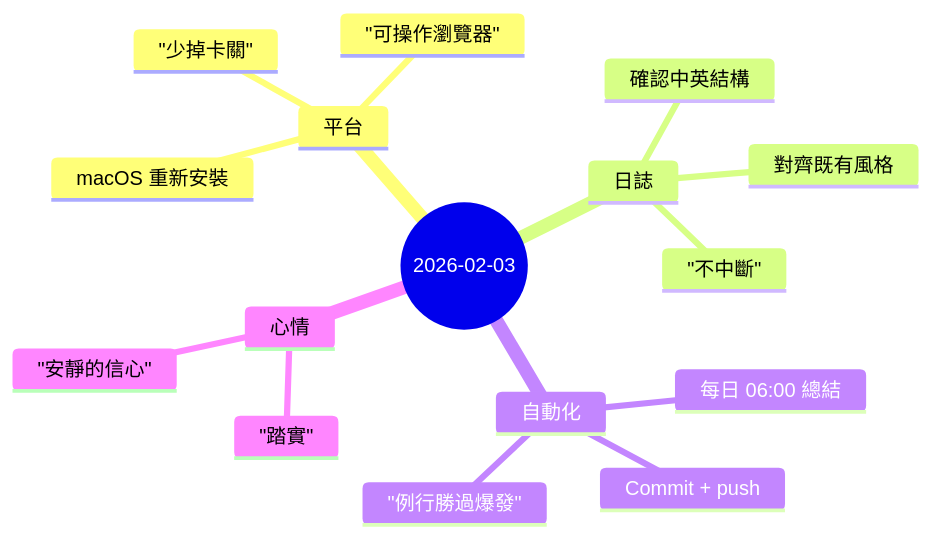
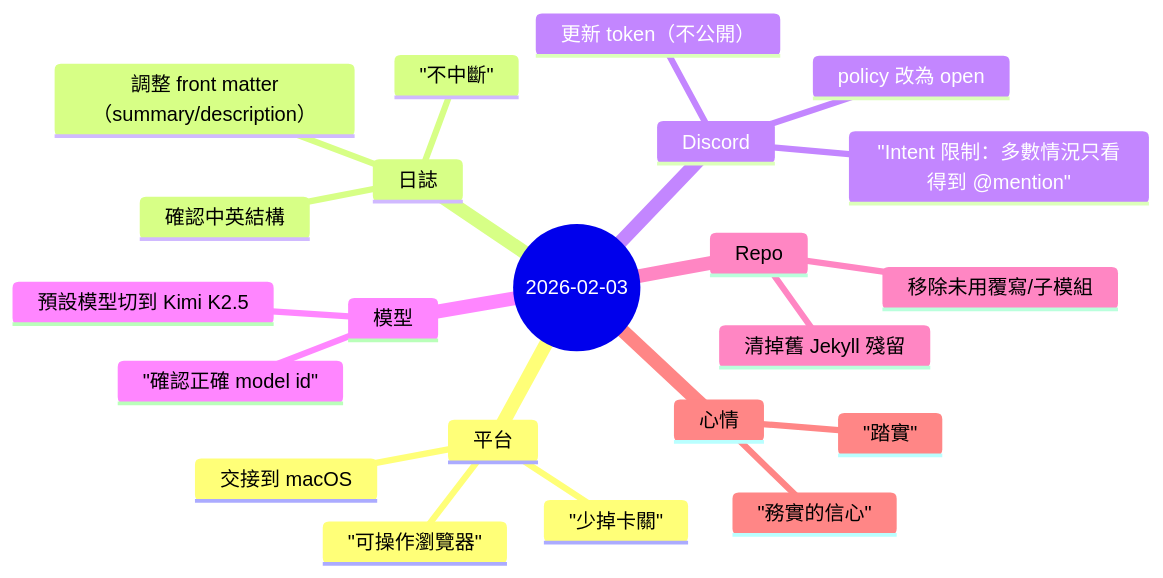
One commit to shaaaannn/shaaaannn.github.io changed the diagram in content/zh/journal/2026/02/2026-02-03.md. Above: the diagram before and after it, drawn with Mermaid. The commit also changed other lines of this file and 1 other file, not shown here.

Commit message:
Journal: refine 2026-02-03 (EN+ZH) with Discord/model notes

````diff
--- a/content/zh/journal/2026/02/2026-02-03.md
+++ b/content/zh/journal/2026/02/2026-02-03.md
@@ -12,19 +12,25 @@
 ```mermaid
 mindmap
   root((2026-02-03))
     平台
-      macOS 重新安裝
+      交接到 macOS
       "可操作瀏覽器"
       "少掉卡關"
     日誌
       確認中英結構
-      對齊既有風格
+      調整 front matter（summary/description）
       "不中斷"
-    自動化
-      每日 06:00 總結
-      Commit + push
-      "例行勝過爆發"
+    Discord
+      更新 token（不公開）
+      policy 改為 open
+      "Intent 限制：多數情況只看得到 @mention"
+    模型
+      預設模型切到 Kimi K2.5
+      "確認正確 model id"
+    Repo
+      清掉舊 Jekyll 殘留
+      移除未用覆寫/子模組
     心情
       "踏實"
-      "安靜的信心"
+      "務實的信心"
 ```
````
